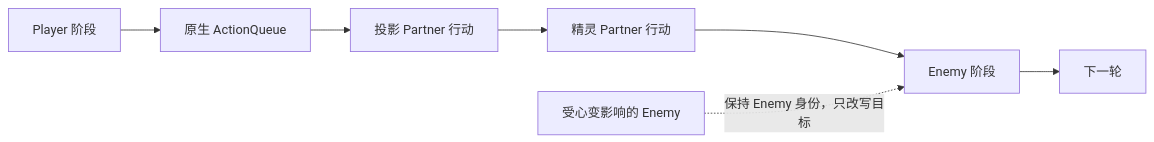
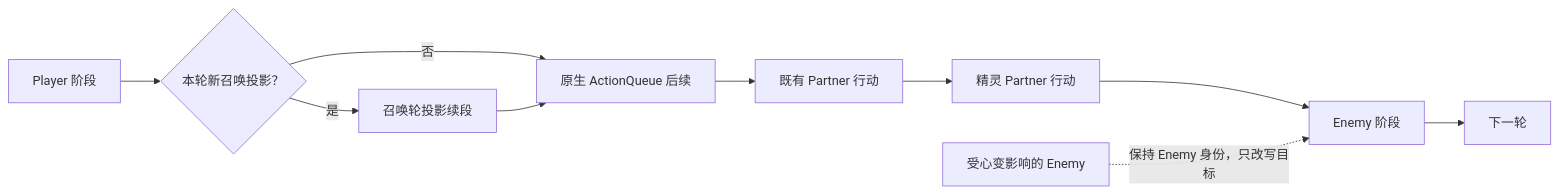
One commit to AuraKaliya/apocalyptic-journey-mod-SunExp changed the first of 3 diagrams in docs/Terrias/modules/11-投影精灵与心变的Partner战斗流程.md. Above: the diagram before and after it, drawn with Mermaid. The commit also changed other lines of this file and 189 other files, not shown here.

````diff
--- a/docs/Terrias/modules/11-投影精灵与心变的Partner战斗流程.md
+++ b/docs/Terrias/modules/11-投影精灵与心变的Partner战斗流程.md
@@ -43,10 +43,13 @@
 ```mermaid
 flowchart LR
-    P["Player 阶段"] --> Q["原生 ActionQueue"]
-    Q --> PJ["投影 Partner 行动"]
+    P["Player 阶段"] --> NP{"本轮新召唤投影？"}
+    NP -- "是" --> SC["召唤轮投影续段"]
+    NP -- "否" --> Q["原生 ActionQueue 后续"]
+    SC --> Q
+    Q --> PJ["既有 Partner 行动"]
     PJ --> SP["精灵 Partner 行动"]
     SP --> E["Enemy 阶段"]
     E --> N["下一轮"]
 
     HC["受心变影响的 Enemy"] -. "保持 Enemy 身份，只改写目标" .-> E
 ```
````
